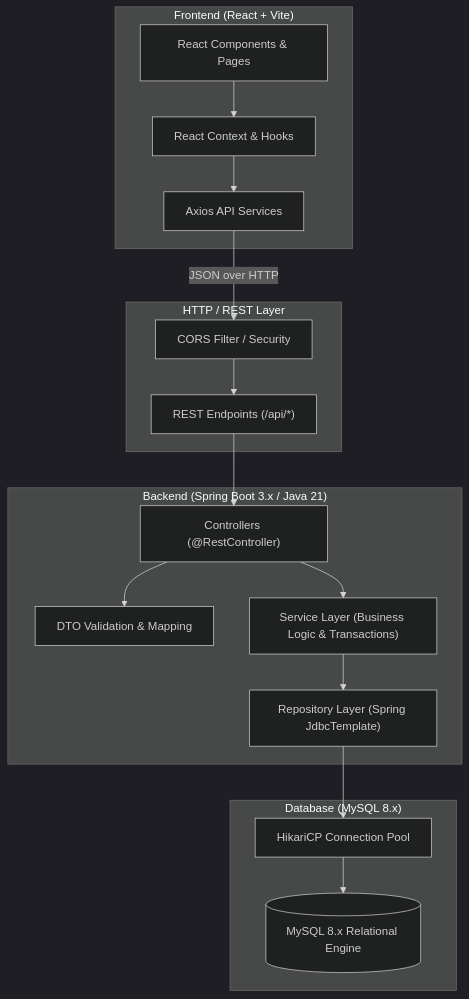
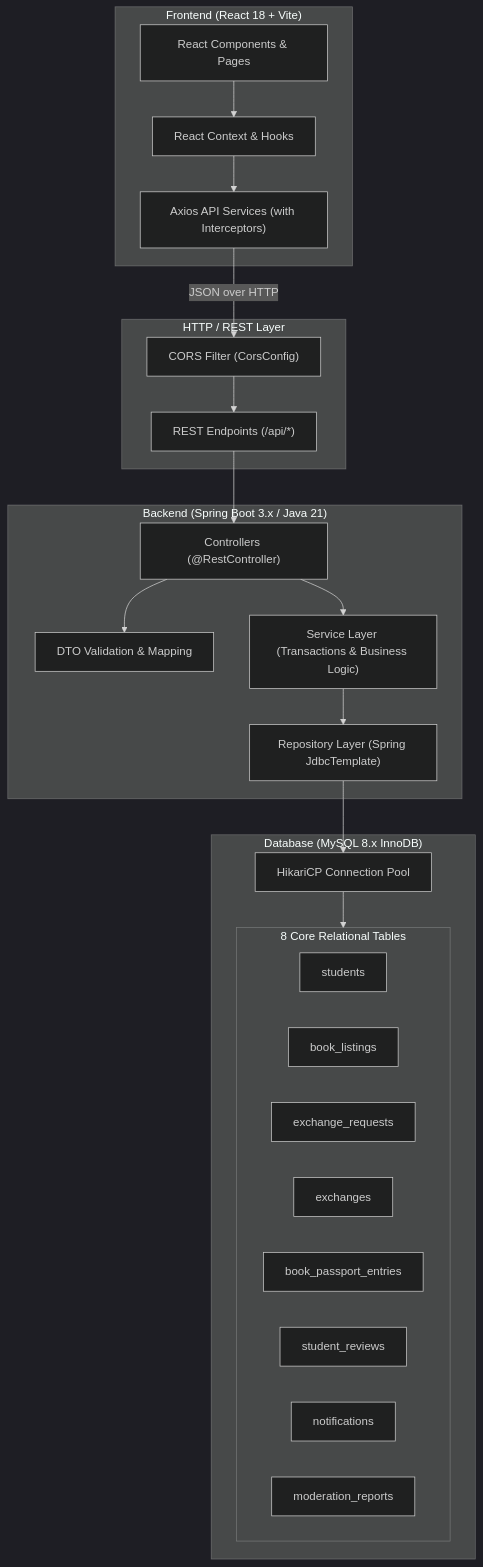
The diagram in docs/SYSTEM_ARCHITECTURE.md (CodeWithKrish1811/Book4u), drawn with Mermaid (dark theme) before and after one commit. The commit also changed other lines of this file and 6 other files, not shown here.

Commit message:
feat(database): finalize 8-table relational architecture, migrations, sample data, and ER diagram

````diff
--- a/docs/SYSTEM_ARCHITECTURE.md
+++ b/docs/SYSTEM_ARCHITECTURE.md
@@ -18,36 +19,46 @@
 ```mermaid
 flowchart TD
-    subgraph Client ["Frontend (React + Vite)"]
+    subgraph Client ["Frontend (React 18 + Vite)"]
         UI["React Components & Pages"]
         State["React Context & Hooks"]
-        APIClient["Axios API Services"]
+        APIClient["Axios API Services (with Interceptors)"]
     end
 
     subgraph Network ["HTTP / REST Layer"]
-        CORS["CORS Filter / Security"]
+        CORS["CORS Filter (CorsConfig)"]
         Gateway["REST Endpoints (/api/*)"]
     end
 
     subgraph Server ["Backend (Spring Boot 3.x / Java 21)"]
         Controllers["Controllers (@RestController)"]
         DTOs["DTO Validation & Mapping"]
-        Services["Service Layer (Business Logic & Transactions)"]
+        Services["Service Layer (Transactions & Business Logic)"]
         Repositories["Repository Layer (Spring JdbcTemplate)"]
     end
 
-    subgraph Storage ["Database (MySQL 8.x)"]
+    subgraph Storage ["Database (MySQL 8.x InnoDB)"]
         Pool["HikariCP Connection Pool"]
-        MySQL[("MySQL 8.x Relational Engine")]
+        
+        subgraph Tables ["8 Core Relational Tables"]
+            T1["students"]
+            T2["book_listings"]
+            T3["exchange_requests"]
+            T4["exchanges"]
+            T5["book_passport_entries"]
+            T6["student_reviews"]
+            T7["notifications"]
+            T8["moderation_reports"]
+        end
     end
 
     UI --> State
     State --> APIClient
     APIClient -->|JSON over HTTP| CORS
     CORS --> Gateway
     Gateway --> Controllers
     Controllers --> DTOs
     Controllers --> Services
     Services --> Repositories
     Repositories --> Pool
-    Pool --> MySQL
+    Pool --> Tables
 ```
````
